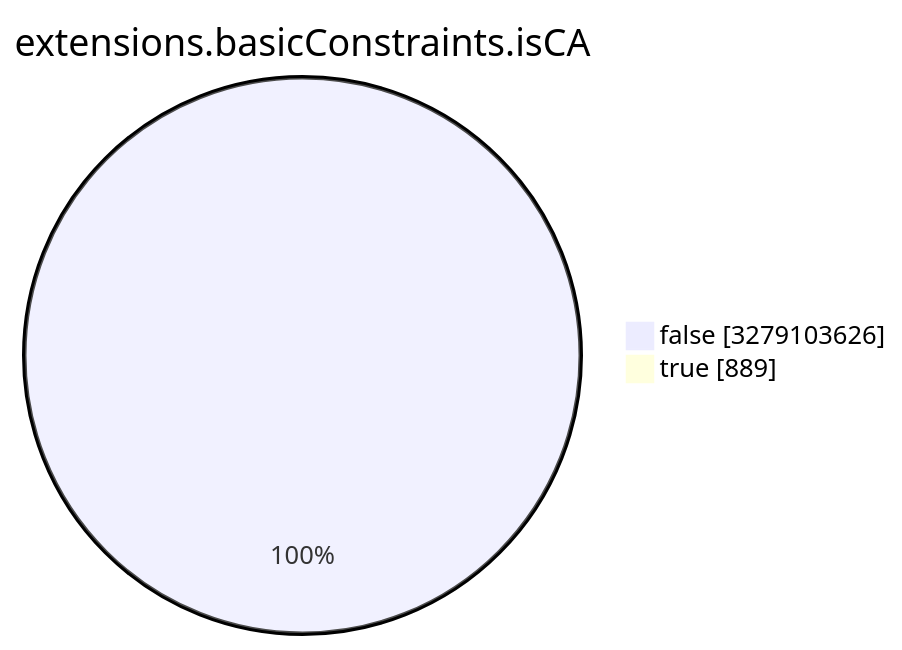
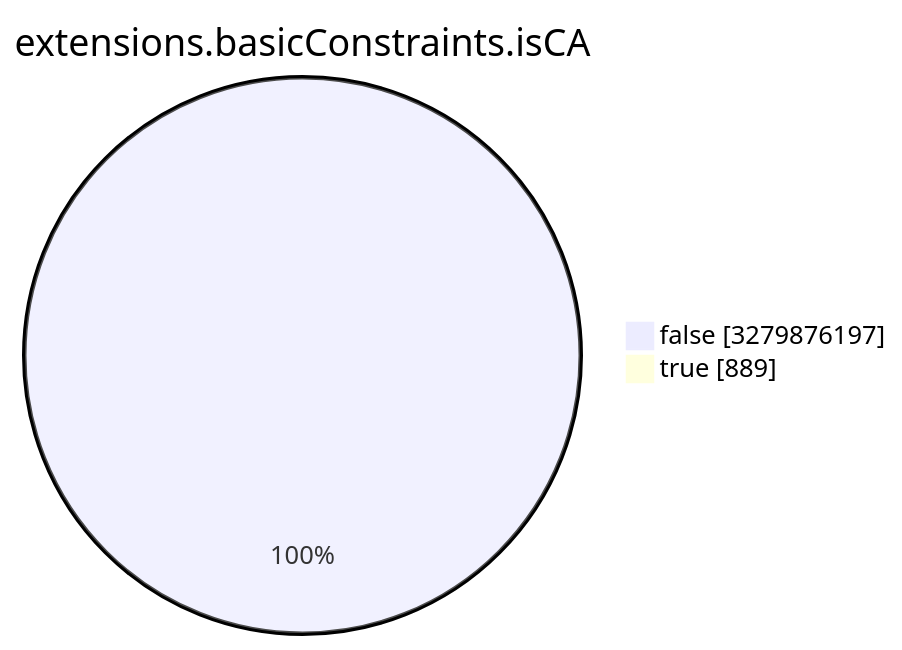
One commit to christiankrug/ctmonitor_visualization changed the seventh of 15 diagrams in TOTAL/README.md. Above: the diagram before and after it, drawn with Mermaid. The commit also changed other lines of this file, not shown here.

````diff
--- a/TOTAL/README.md
+++ b/TOTAL/README.md
@@ -3089,6 +3089,6 @@
 ```mermaid
 pie showData
 title extensions.basicConstraints.isCA
-"false" :3279103626
+"false" :3279876197
 "true" :889
 ```
````
